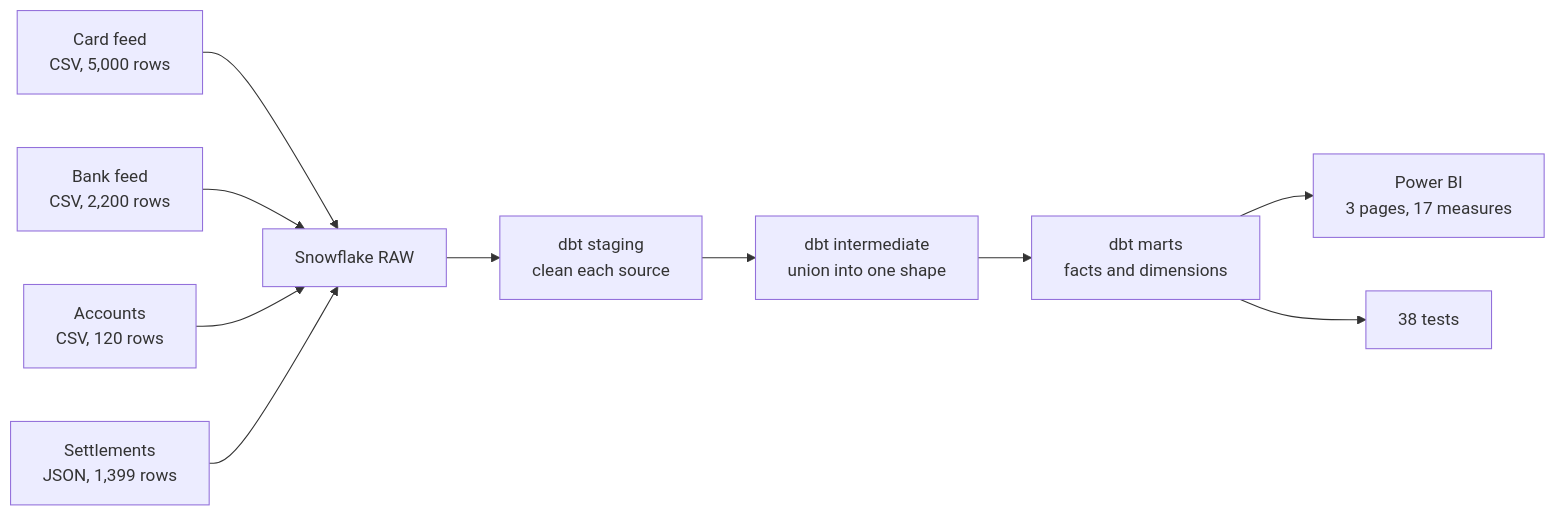
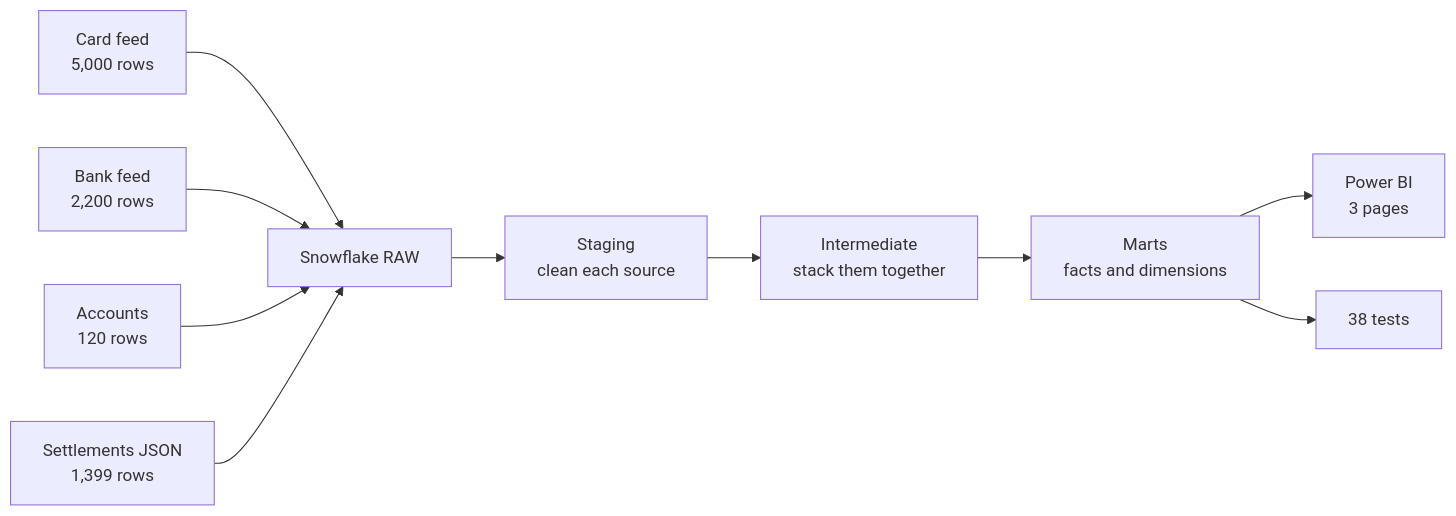
One commit to kunalpatil3008/payments-data-pipeline changed the diagram in README.md. Above: the diagram before and after it, drawn with Mermaid. The commit also changed other lines of this file and 11 other files, not shown here.

````diff
--- a/README.md
+++ b/README.md
@@ -31,12 +27,12 @@
 ```mermaid
 flowchart LR
-    A[Card feed<br/>CSV, 5,000 rows] --> S[Snowflake RAW]
-    B[Bank feed<br/>CSV, 2,200 rows] --> S
-    C[Accounts<br/>CSV, 120 rows] --> S
-    D[Settlements<br/>JSON, 1,399 rows] --> S
-    S --> ST[dbt staging<br/>clean each source]
-    ST --> INT[dbt intermediate<br/>union into one shape]
-    INT --> M[dbt marts<br/>facts and dimensions]
-    M --> P[Power BI<br/>3 pages, 17 measures]
+    A[Card feed<br/>5,000 rows] --> S[Snowflake RAW]
+    B[Bank feed<br/>2,200 rows] --> S
+    C[Accounts<br/>120 rows] --> S
+    D[Settlements JSON<br/>1,399 rows] --> S
+    S --> ST[Staging<br/>clean each source]
+    ST --> INT[Intermediate<br/>stack them together]
+    INT --> M[Marts<br/>facts and dimensions]
+    M --> P[Power BI<br/>3 pages]
     M --> T[38 tests]
 ```
````
